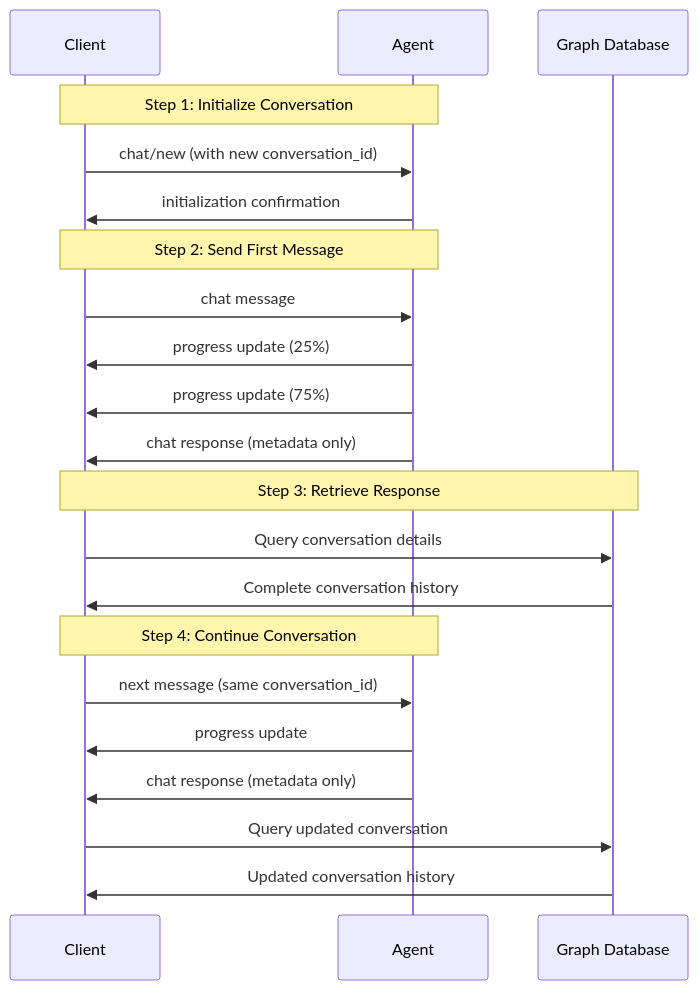
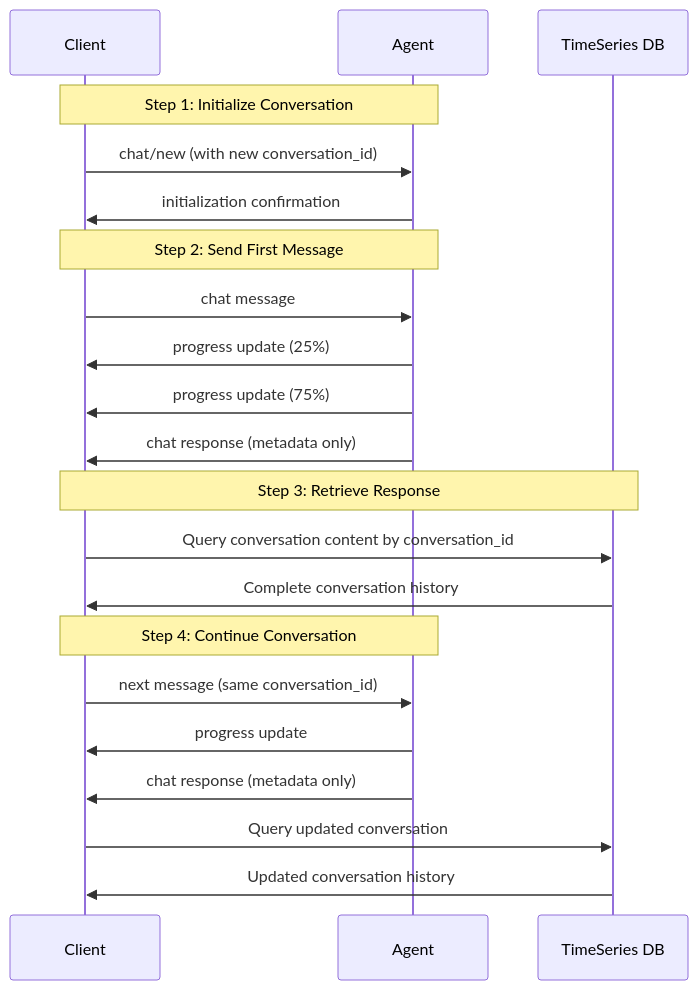
One commit to XMPro/Multi-Agent changed the diagram in docs/concepts/agent-messaging.md. Above: the diagram before and after it, drawn with Mermaid. The commit also changed other lines of this file and 11 other files, not shown here.

````diff
--- a/docs/concepts/agent-messaging.md
+++ b/docs/concepts/agent-messaging.md
@@ -166,27 +178,27 @@
 ```mermaid
 sequenceDiagram
     participant C as Client
     participant A as Agent
-    participant DB as Graph Database
+    participant TS as TimeSeries DB
     
     Note over C,A: Step 1: Initialize Conversation
     C->>A: chat/new (with new conversation_id)
     A->>C: initialization confirmation
     
     Note over C,A: Step 2: Send First Message
     C->>A: chat message
     A->>C: progress update (25%)
     A->>C: progress update (75%)
     A->>C: chat response (metadata only)
     
-    Note over C,DB: Step 3: Retrieve Response
-    C->>DB: Query conversation details
-    DB->>C: Complete conversation history
+    Note over C,TS: Step 3: Retrieve Response
+    C->>TS: Query conversation content by conversation_id
+    TS->>C: Complete conversation history
     
     Note over C,A: Step 4: Continue Conversation
     C->>A: next message (same conversation_id)
     A->>C: progress update
     A->>C: chat response (metadata only)
-    C->>DB: Query updated conversation
-    DB->>C: Updated conversation history
+    C->>TS: Query updated conversation
+    TS->>C: Updated conversation history
 ```
````
